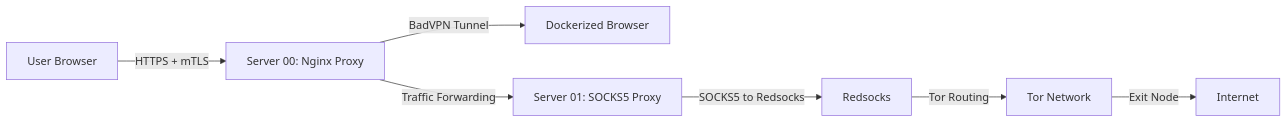
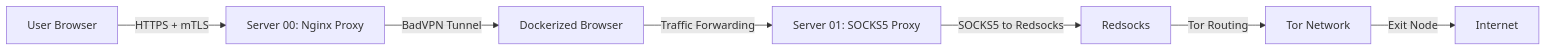
One commit to Lbelus/mtls_distant_browser changed the diagram in README.md. Above: the diagram before and after it, drawn with Mermaid.

````diff
--- a/README.md
+++ b/README.md
@@ -41,9 +41,9 @@
 ```mermaid
 graph LR
     A[User Browser] -->|HTTPS + mTLS| B[Server 00: Nginx Proxy]
     B -->|BadVPN Tunnel| C[Dockerized Browser]
-    B -->|Traffic Forwarding| D[Server 01: SOCKS5 Proxy]
+    C -->|Traffic Forwarding| D[Server 01: SOCKS5 Proxy]
     D -->|SOCKS5 to Redsocks| E[Redsocks]
     E -->|Tor Routing| F[Tor Network]
     F -->|Exit Node| G[Internet]
 ```
````
